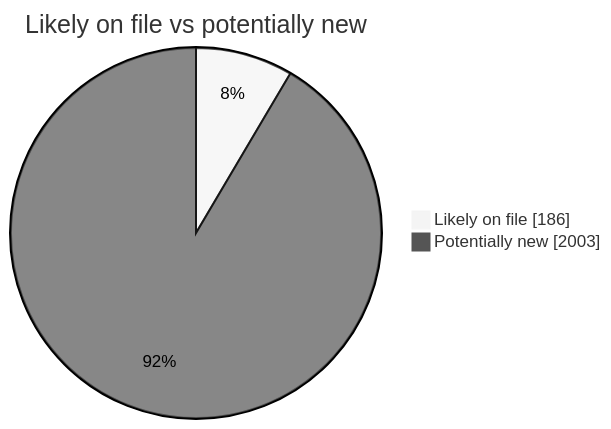
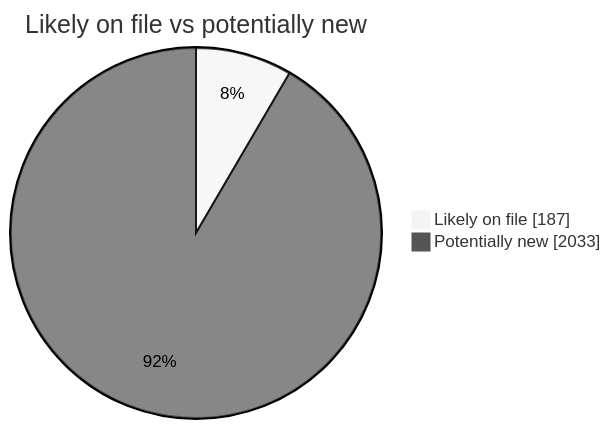
One commit to martinbalfanz/social-scanner-reports changed the second of 4 diagrams in README.md. Above: the diagram before and after it, drawn with Mermaid (neutral theme). The commit also changed other lines of this file and 4 other files, not shown here.

````diff
--- a/README.md
+++ b/README.md
@@ -40,5 +40,5 @@
 ```mermaid
 pie showData title Likely on file vs potentially new
-    "Likely on file" : 186
-    "Potentially new" : 2003
+    "Likely on file" : 187
+    "Potentially new" : 2033
 ```
````
